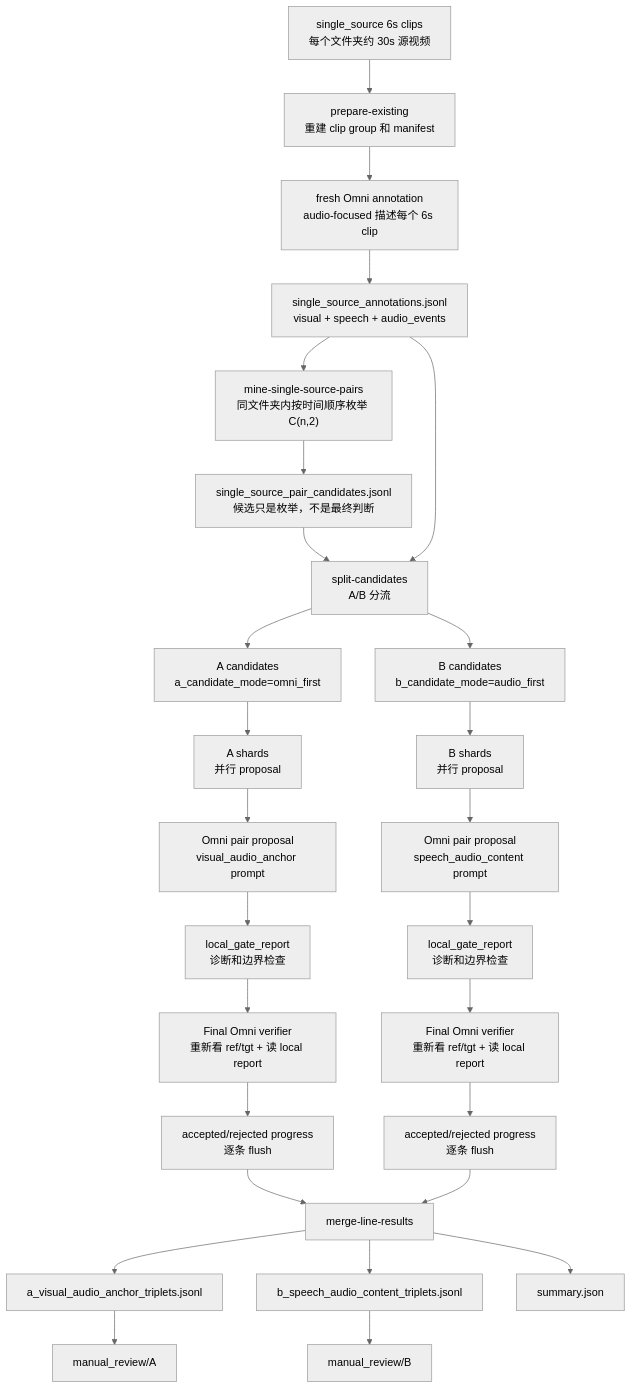
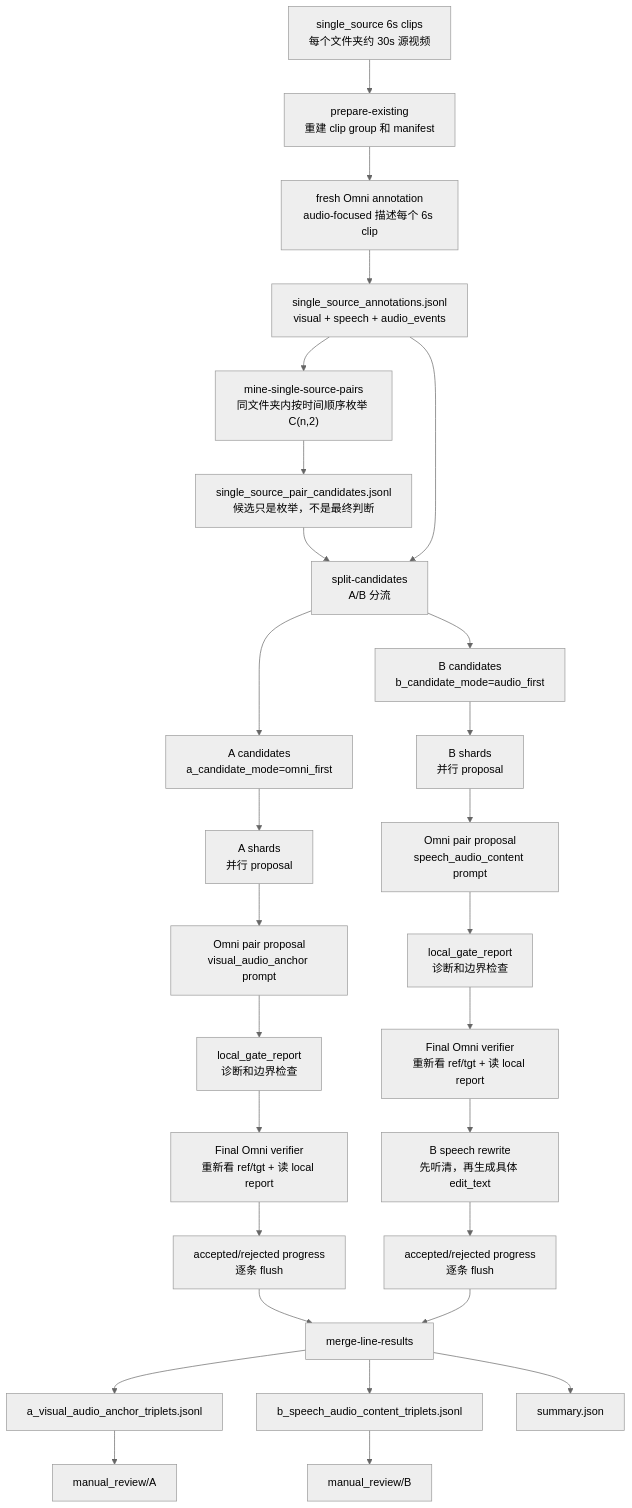
One commit to Seven-creater/cvr changed the first of 3 diagrams in doc/audio_lines_ab_flow_20260511.md. Above: the diagram before and after it, drawn with Mermaid (neutral theme). The commit also changed other lines of this file and 9 other files, not shown here.

````diff
--- a/doc/audio_lines_ab_flow_20260511.md
+++ b/doc/audio_lines_ab_flow_20260511.md
@@ -42,39 +84,40 @@
 ```mermaid
 flowchart TD
     A["single_source 6s clips<br/>每个文件夹约 30s 源视频"] --> B["prepare-existing<br/>重建 clip group 和 manifest"]
     B --> C["fresh Omni annotation<br/>audio-focused 描述每个 6s clip"]
     C --> D["single_source_annotations.jsonl<br/>visual + speech + audio_events"]
 
     D --> E["mine-single-source-pairs<br/>同文件夹内按时间顺序枚举 C(n,2)"]
     E --> F["single_source_pair_candidates.jsonl<br/>候选只是枚举，不是最终判断"]
 
     F --> G["split-candidates<br/>A/B 分流"]
     D --> G
 
     G --> A1["A candidates<br/>a_candidate_mode=omni_first"]
     G --> B1["B candidates<br/>b_candidate_mode=audio_first"]
 
     A1 --> A2["A shards<br/>并行 proposal"]
     B1 --> B2["B shards<br/>并行 proposal"]
 
     A2 --> A3["Omni pair proposal<br/>visual_audio_anchor prompt"]
     B2 --> B3["Omni pair proposal<br/>speech_audio_content prompt"]
 
     A3 --> L1["local_gate_report<br/>诊断和边界检查"]
     B3 --> L2["local_gate_report<br/>诊断和边界检查"]
 
     L1 --> A4["Final Omni verifier<br/>重新看 ref/tgt + 读 local report"]
     L2 --> B4["Final Omni verifier<br/>重新看 ref/tgt + 读 local report"]
 
+    B4 --> B4R["B speech rewrite<br/>先听清，再生成具体 edit_text"]
     A4 --> A5["accepted/rejected progress<br/>逐条 flush"]
-    B4 --> B5["accepted/rejected progress<br/>逐条 flush"]
+    B4R --> B5["accepted/rejected progress<br/>逐条 flush"]
 
     A5 --> M["merge-line-results"]
     B5 --> M
 
     M --> O1["a_visual_audio_anchor_triplets.jsonl"]
     M --> O2["b_speech_audio_content_triplets.jsonl"]
     M --> O3["summary.json"]
     O1 --> R1["manual_review/A"]
     O2 --> R2["manual_review/B"]
 ```
````
